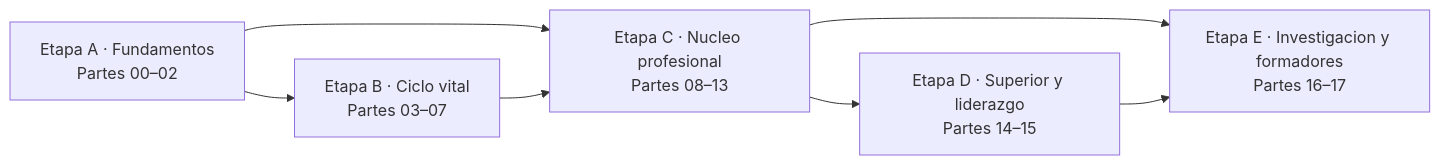
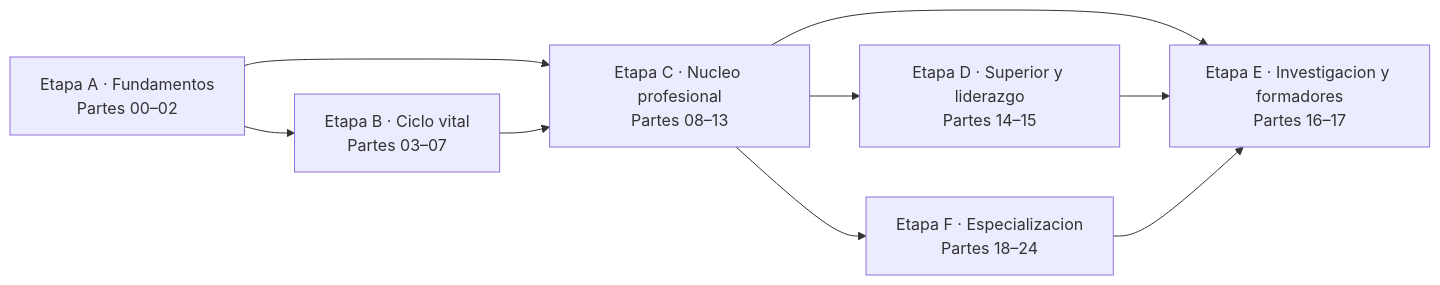
One commit to vladimiracunadev-create/education-pedagogy-learning-sciences-program changed the diagram in README.md. Above: the diagram before and after it, drawn with Mermaid. The commit also changed other lines of this file and 159 other files, not shown here.

````diff
--- a/README.md
+++ b/README.md
@@ -135,9 +138,11 @@
 ```mermaid
 flowchart LR
     A["Etapa A · Fundamentos<br/>Partes 00–02"] --> B["Etapa B · Ciclo vital<br/>Partes 03–07"]
     A --> C["Etapa C · Nucleo profesional<br/>Partes 08–13"]
     B --> C
     C --> D["Etapa D · Superior y liderazgo<br/>Partes 14–15"]
+    C --> F["Etapa F · Especializacion<br/>Partes 18–24"]
     C --> E["Etapa E · Investigacion y formadores<br/>Partes 16–17"]
     D --> E
+    F --> E
 ```
````
